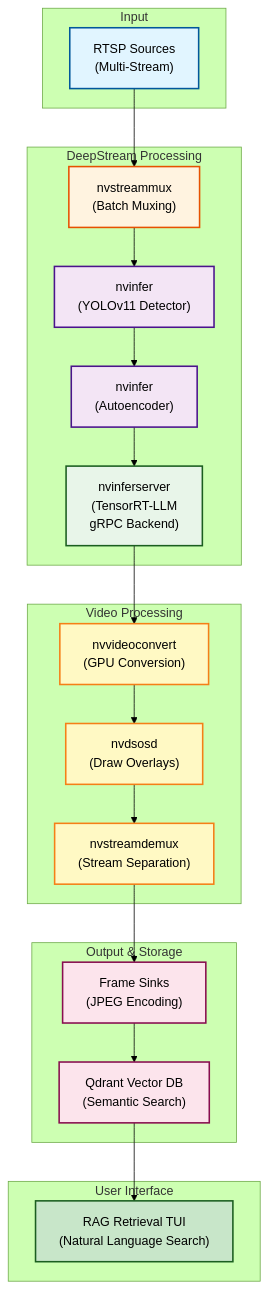
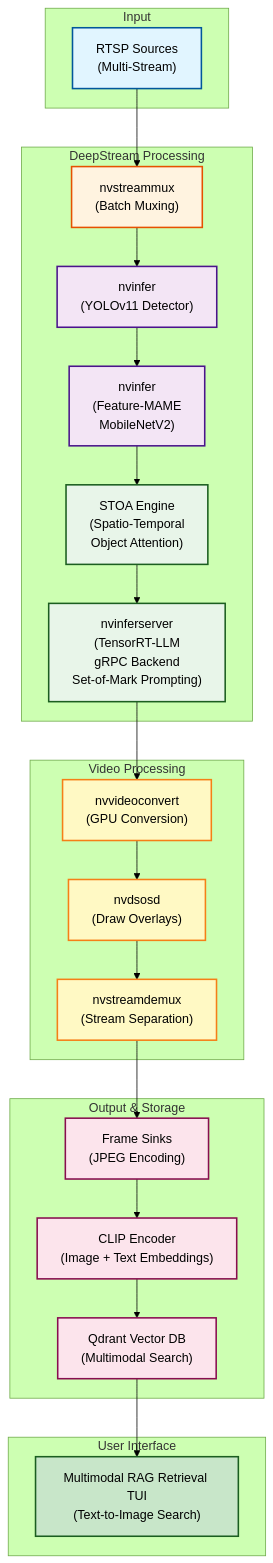
One commit to sevenweeks-07/visionsentry changed the diagram in README.md. Above: the diagram before and after it, drawn with Mermaid (forest theme). The commit also changed other lines of this file, not shown here.

````diff
--- a/README.md
+++ b/README.md
@@ -13,51 +13,57 @@
 ```mermaid
 graph TD
     subgraph "Input"
         RTSP["RTSP Sources<br/>(Multi-Stream)"]
     end
     
     subgraph "DeepStream Processing"
         MUX["nvstreammux<br/>(Batch Muxing)"]
         YOLO["nvinfer<br/>(YOLOv11 Detector)"]
-        AE["nvinfer<br/>(Autoencoder)"]
-        VLM["nvinferserver<br/>(TensorRT-LLM<br/>gRPC Backend)"]
+        MAME["nvinfer<br/>(Feature-MAME<br/>MobileNetV2)"]
+        STOA["STOA Engine<br/>(Spatio-Temporal<br/>Object Attention)"]
+        VLM["nvinferserver<br/>(TensorRT-LLM<br/>gRPC Backend<br/>Set-of-Mark Prompting)"]
     end
     
     subgraph "Video Processing"
         CONV["nvvideoconvert<br/>(GPU Conversion)"]
         OSD["nvdsosd<br/>(Draw Overlays)"]
         DEMUX["nvstreamdemux<br/>(Stream Separation)"]
     end
     
     subgraph "Output & Storage"
         SAVE["Frame Sinks<br/>(JPEG Encoding)"]
-        DB["Qdrant Vector DB<br/>(Semantic Search)"]
+        CLIP["CLIP Encoder<br/>(Image + Text Embeddings)"]
+        DB["Qdrant Vector DB<br/>(Multimodal Search)"]
     end
     
     subgraph "User Interface"
-        RAG["RAG Retrieval TUI<br/>(Natural Language Search)"]
+        RAG["Multimodal RAG Retrieval TUI<br/>(Text-to-Image Search)"]
     end
     
     RTSP --> MUX
     MUX --> YOLO
-    YOLO --> AE
-    AE --> VLM
+    YOLO --> MAME
+    MAME --> STOA
+    STOA --> VLM
     VLM --> CONV
     CONV --> OSD
     OSD --> DEMUX
     DEMUX --> SAVE
-    SAVE --> DB
+    SAVE --> CLIP
+    CLIP --> DB
     DB --> RAG
     
     style RTSP fill:#e1f5ff,stroke:#01579b,stroke-width:2px,color:#000
     style MUX fill:#fff3e0,stroke:#e65100,stroke-width:2px,color:#000
     style YOLO fill:#f3e5f5,stroke:#4a148c,stroke-width:2px,color:#000
-    style AE fill:#f3e5f5,stroke:#4a148c,stroke-width:2px,color:#000
+    style MAME fill:#f3e5f5,stroke:#4a148c,stroke-width:2px,color:#000
+    style STOA fill:#e8f5e9,stroke:#1b5e20,stroke-width:2px,color:#000
     style VLM fill:#e8f5e9,stroke:#1b5e20,stroke-width:2px,color:#000
     style CONV fill:#fff9c4,stroke:#f57f17,stroke-width:2px,color:#000
     style OSD fill:#fff9c4,stroke:#f57f17,stroke-width:2px,color:#000
     style DEMUX fill:#fff9c4,stroke:#f57f17,stroke-width:2px,color:#000
     style SAVE fill:#fce4ec,stroke:#880e4f,stroke-width:2px,color:#000
+    style CLIP fill:#fce4ec,stroke:#880e4f,stroke-width:2px,color:#000
     style DB fill:#fce4ec,stroke:#880e4f,stroke-width:2px,color:#000
     style RAG fill:#c8e6c9,stroke:#1b5e20,stroke-width:2px,color:#000
 ```
````
